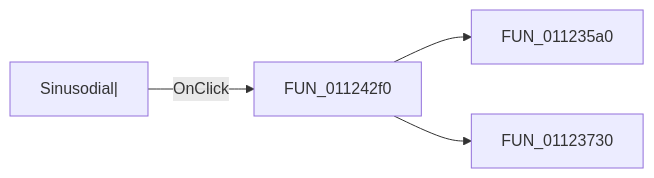
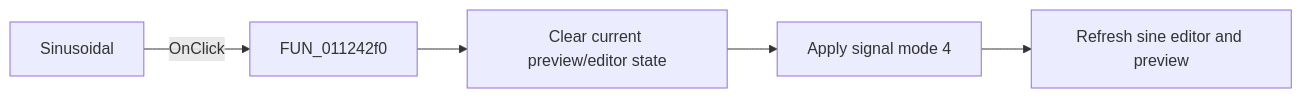
The diagram in docs/ui-controls/signaleditordlg/sbtnsinusodial-752a422012.md (MovGP0/TIARA), drawn with Mermaid before and after one commit. The commit also changed other lines of this file and 1062 other files, not shown here.

````diff
--- a/docs/ui-controls/signaleditordlg/sbtnsinusodial-752a422012.md
+++ b/docs/ui-controls/signaleditordlg/sbtnsinusodial-752a422012.md
@@ -27,6 +32,7 @@
 ```mermaid
 flowchart LR
-    control["Sinusodial|"] -->|OnClick| handler["FUN_011242f0"]
-    handler --> call1["FUN_011235a0"]
-    handler --> call2["FUN_01123730"]
+    control["Sinusoidal"] -->|"OnClick"| handler["FUN_011242f0"]
+    handler --> clear["Clear current preview/editor state"]
+    clear --> select["Apply signal mode 4"]
+    select --> refresh["Refresh sine editor and preview"]
 ```
````
